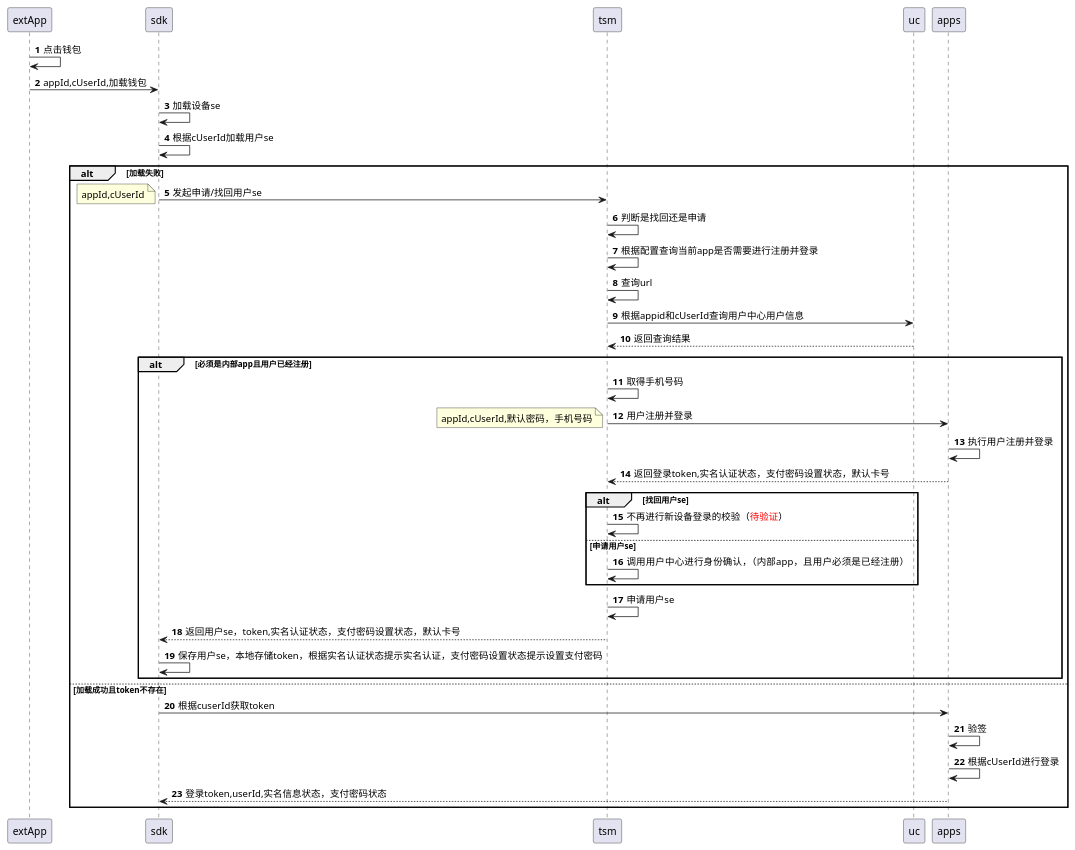
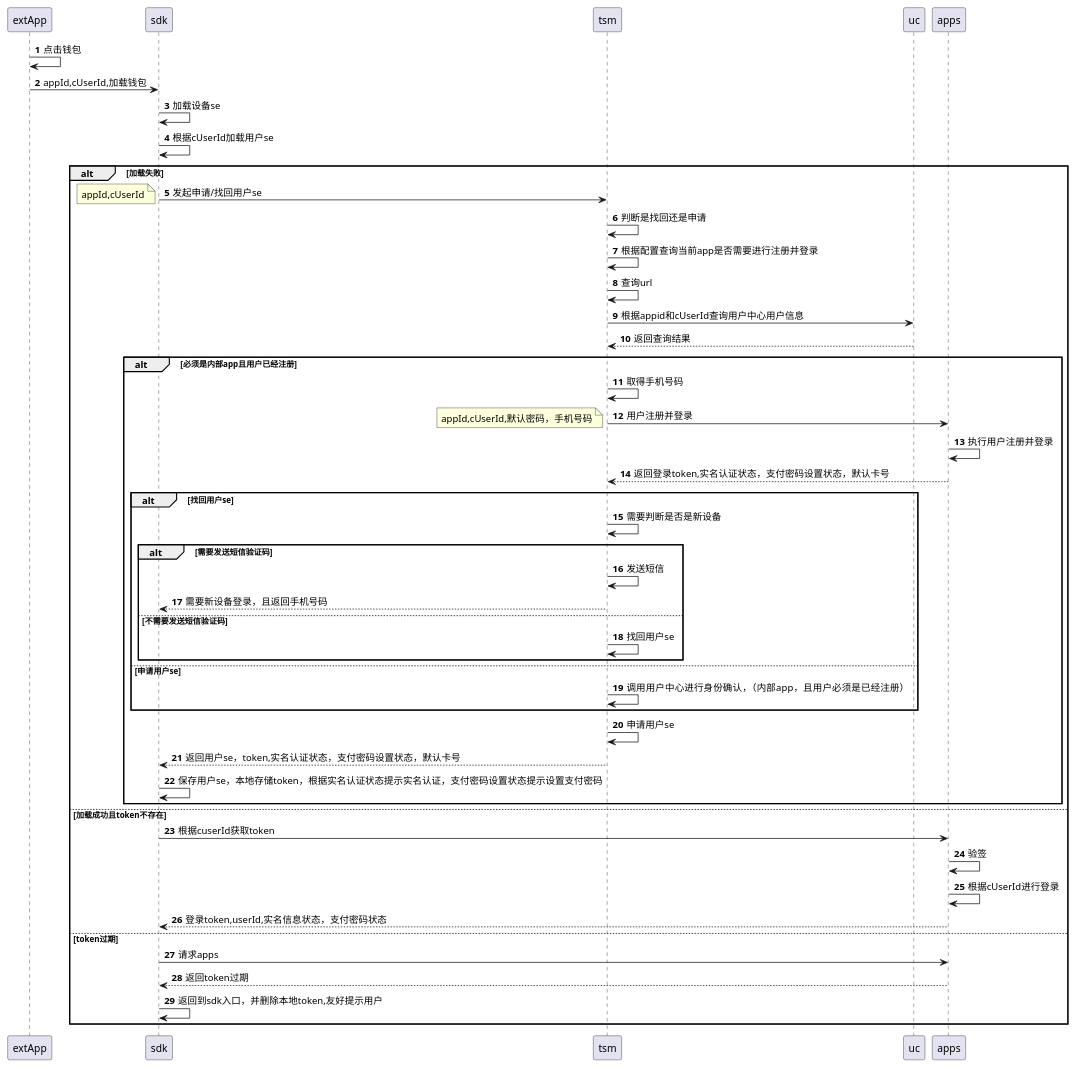
Before and after one commit to 13589080127/zc-test: the diagram in doc/sipa/流程设计.puml, drawn with PlantUML. The commit also changed 1 other file, not shown here.

```diff
--- a/doc/sipa/流程设计.puml
+++ b/doc/sipa/流程设计.puml
@@ -1,45 +1,55 @@
 @startuml
 autonumber
 /'extApp->extApps:用户注册
 extApps->uc:用户注册
 note left:手机号码\n密码\n应用id\n渠道id
 uc->uc:保存用户信息，产生用户id
 uc-->extApps:返回用户注册结果
 extApps-->extApp:返回用户注册结果
 ...'/
 extApp->extApp:点击钱包
 extApp->sdk:appId,cUserId,加载钱包
 sdk->sdk:加载设备se
 sdk->sdk:根据cUserId加载用户se
 alt 加载失败
 sdk->tsm:发起申请/找回用户se
 note left: appId,cUserId
 tsm->tsm:判断是找回还是申请
 tsm->tsm:根据配置查询当前app是否需要进行注册并登录
 tsm->tsm:查询url
 tsm->uc:根据appid和cUserId查询用户中心用户信息
 uc-->tsm:返回查询结果
 alt 必须是内部app且用户已经注册
 tsm->tsm:取得手机号码
 tsm->apps:用户注册并登录
 note left:appId,cUserId,默认密码，手机号码
 apps->apps:执行用户注册并登录
 apps-->tsm:返回登录token,实名认证状态，支付密码设置状态，默认卡号
 alt 找回用户se
-tsm->tsm:不再进行新设备登录的校验（<font color=red>待验证</font>）
+tsm->tsm:需要判断是否是新设备
+alt 需要发送短信验证码
+tsm->tsm:发送短信
+tsm-->sdk:需要新设备登录，且返回手机号码
+else 不需要发送短信验证码
+tsm->tsm:找回用户se
+end
 else 申请用户se
 tsm->tsm:调用用户中心进行身份确认，（内部app，且用户必须是已经注册）
 end
 tsm->tsm:申请用户se
 tsm-->sdk:返回用户se，token,实名认证状态，支付密码设置状态，默认卡号
 sdk->sdk:保存用户se，本地存储token，根据实名认证状态提示实名认证，支付密码设置状态提示设置支付密码
 end
 else 加载成功且token不存在
 sdk->apps:根据cuserId获取token
 apps->apps:验签
 apps->apps:根据cUserId进行登录
 apps-->sdk:登录token,userId,实名信息状态，支付密码状态
+else token过期
+sdk->apps:请求apps
+apps-->sdk:返回token过期
+sdk->sdk:返回到sdk入口，并删除本地token,友好提示用户
 end
 
 
 @enduml
```
